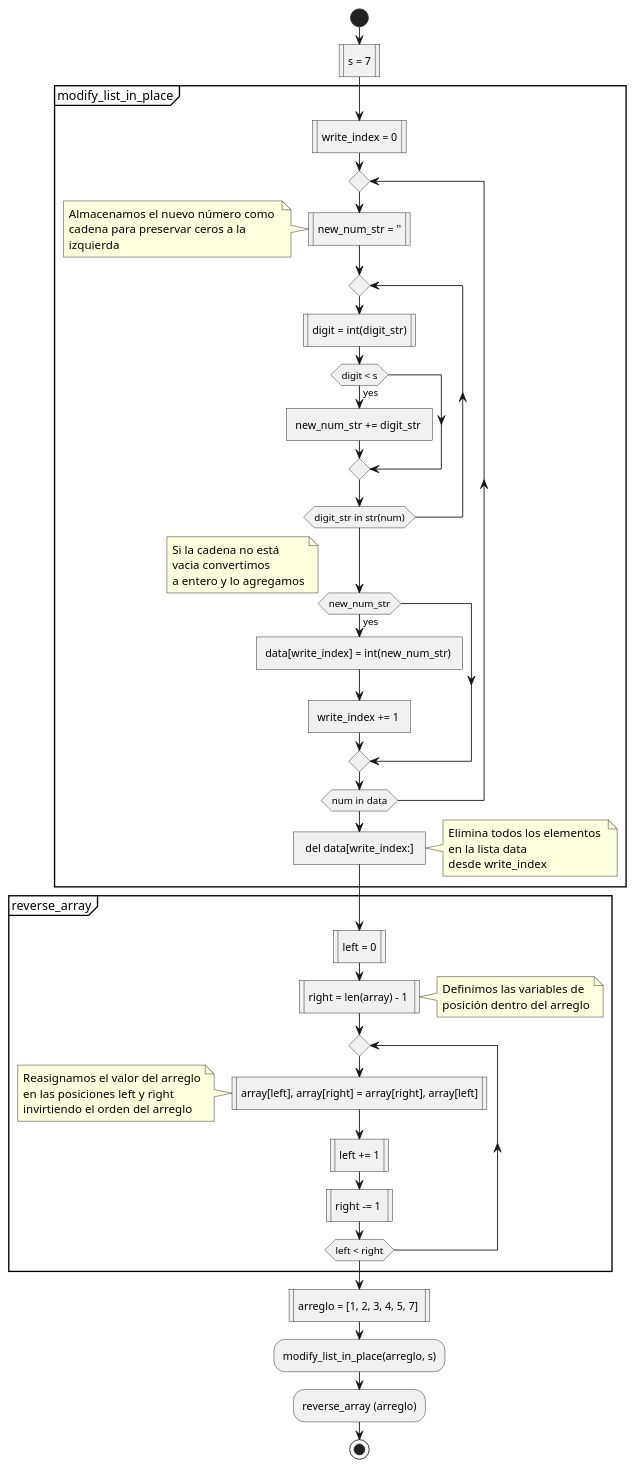
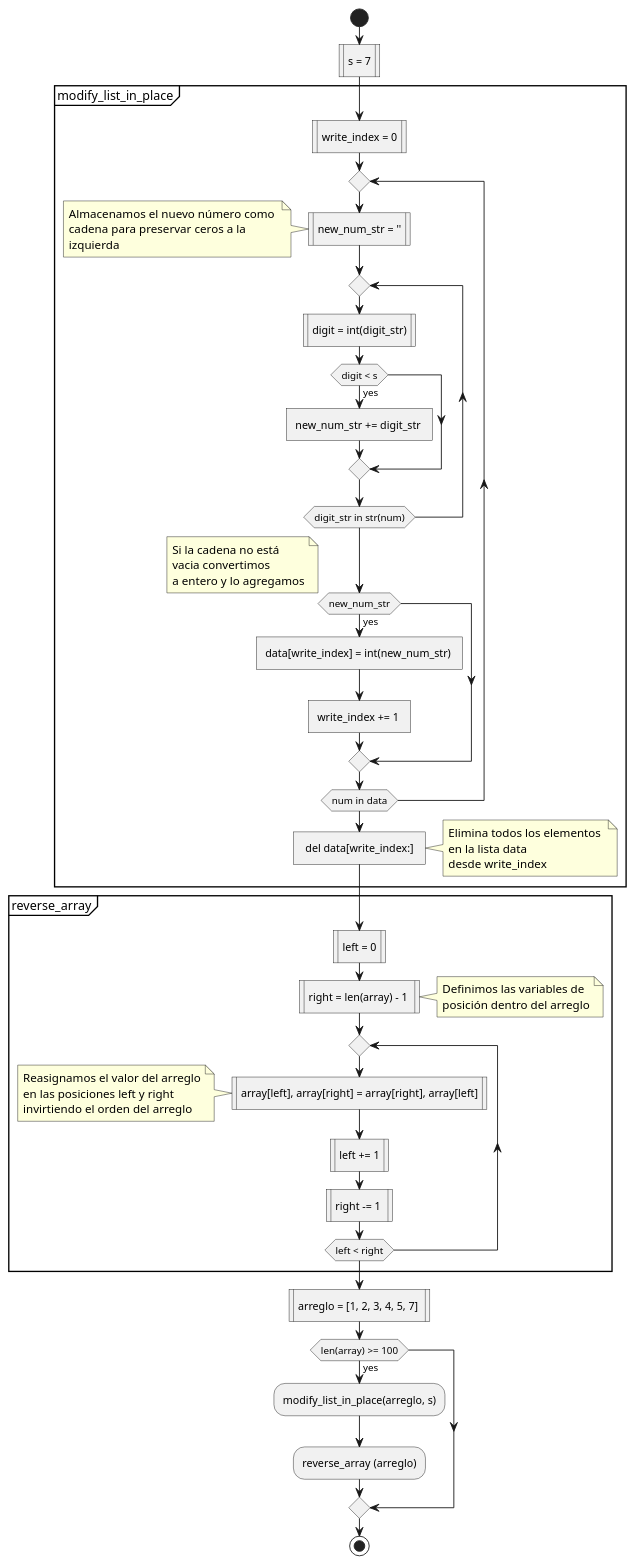
Before and after one commit to Juferoga/ptbdb: the diagram in punto1/algorithm.plantuml, drawn with PlantUML. The commit also changed 6 other files, not shown here.

```diff
--- a/punto1/algorithm.plantuml
+++ b/punto1/algorithm.plantuml
@@ -1,66 +1,68 @@
 @startuml
 start
 :s = 7|
 
 partition modify_list_in_place {
   :write_index = 0|
 
   repeat
     :new_num_str = ''|
     note left 
       Almacenamos el nuevo número como 
       cadena para preservar ceros a la 
       izquierda
     end note
     repeat
       :digit = int(digit_str)|
       if (digit < s) then (yes)
         :new_num_str += digit_str ]
       endif
     repeatwhile (digit_str in str(num))
 
     if (new_num_str) then (yes)
       note left
         Si la cadena no está 
         vacia convertimos 
         a entero y lo agregamos
       end note
       :data[write_index] = int(new_num_str) ]
       :write_index += 1 ]
     endif
   repeatwhile (num in data)
 
   : del data[write_index:] ]
   note right
     Elimina todos los elementos 
     en la lista data
     desde write_index
   end note
 }
 partition reverse_array {
   :left = 0|
   :right = len(array) - 1 |
   note right
     Definimos las variables de 
     posición dentro del arreglo
   end note
 
   repeat
     :array[left], array[right] = array[right], array[left]|
     note left 
       Reasignamos el valor del arreglo
       en las posiciones left y right
       invirtiendo el orden del arreglo
     end note
     :left += 1|
     :right -= 1 |
   repeatwhile (left < right)
 }
 
 :arreglo = [1, 2, 3, 4, 5, 7] |
 
-:modify_list_in_place(arreglo, s);
-:reverse_array (arreglo);
+if (len(array) >= 100) then (yes)
+  :modify_list_in_place(arreglo, s);
+  :reverse_array (arreglo);
+endif
 
 stop
 @enduml
```
